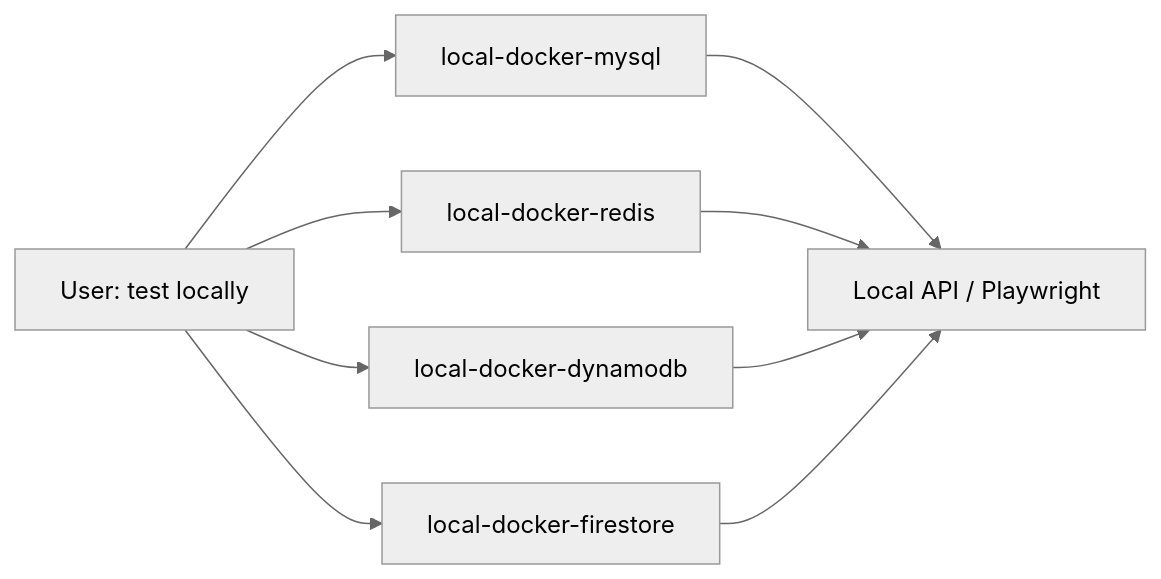
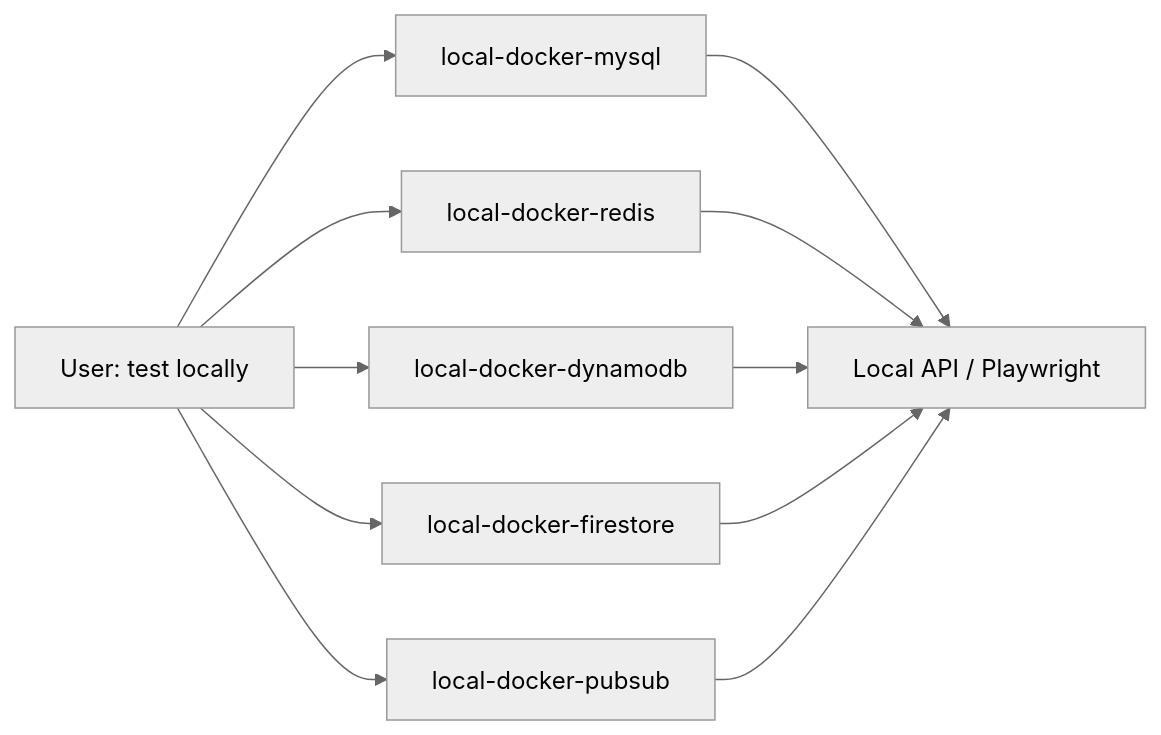
Before and after one commit to prapsky/agent-skills: the second of 3 diagrams in README.md, drawn with Mermaid (neutral theme). The commit also changed other lines of this file and 3 other files, not shown here.

Commit message:
Add a local-docker-pubsub skill so agents can run the Google Pub/Sub emulator in Docker for local event tests, like practicing mail delivery with a toy mailbox before using the real post office.

````diff
--- a/README.md
+++ b/README.md
@@ -106,11 +109,13 @@
 ```mermaid
 flowchart LR
   U[User: test locally] --> M[local-docker-mysql]
   U --> R[local-docker-redis]
   U --> D[local-docker-dynamodb]
   U --> F[local-docker-firestore]
+  U --> P[local-docker-pubsub]
   M --> API[Local API / Playwright]
   R --> API
   D --> API
   F --> API
+  P --> API
 ```
````
